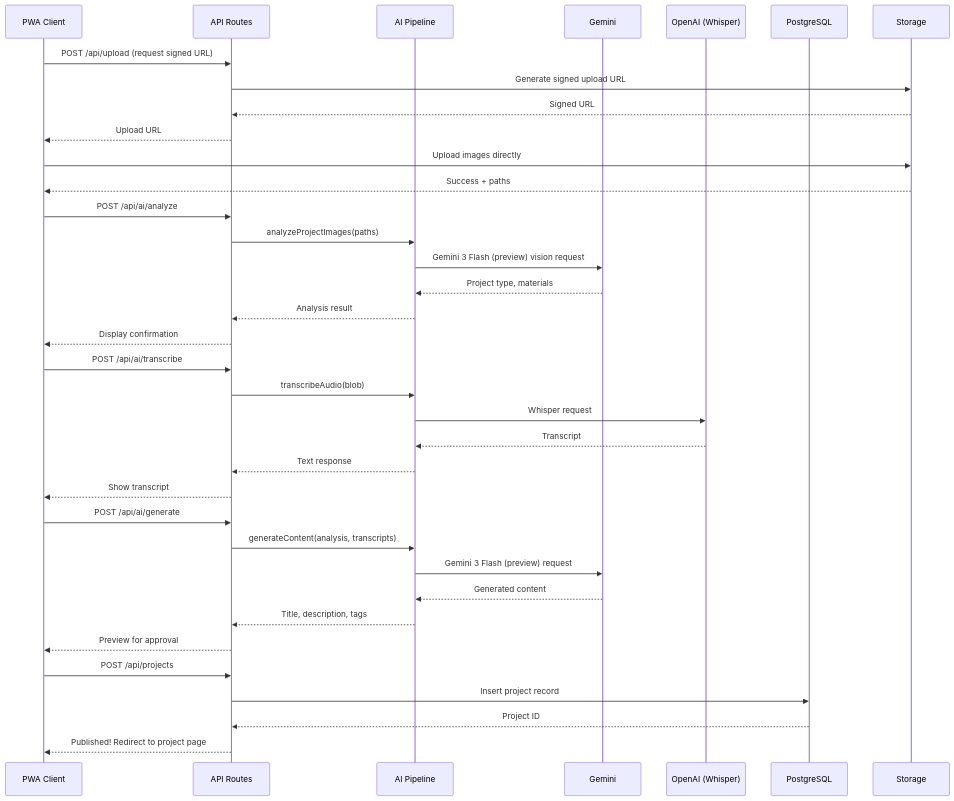
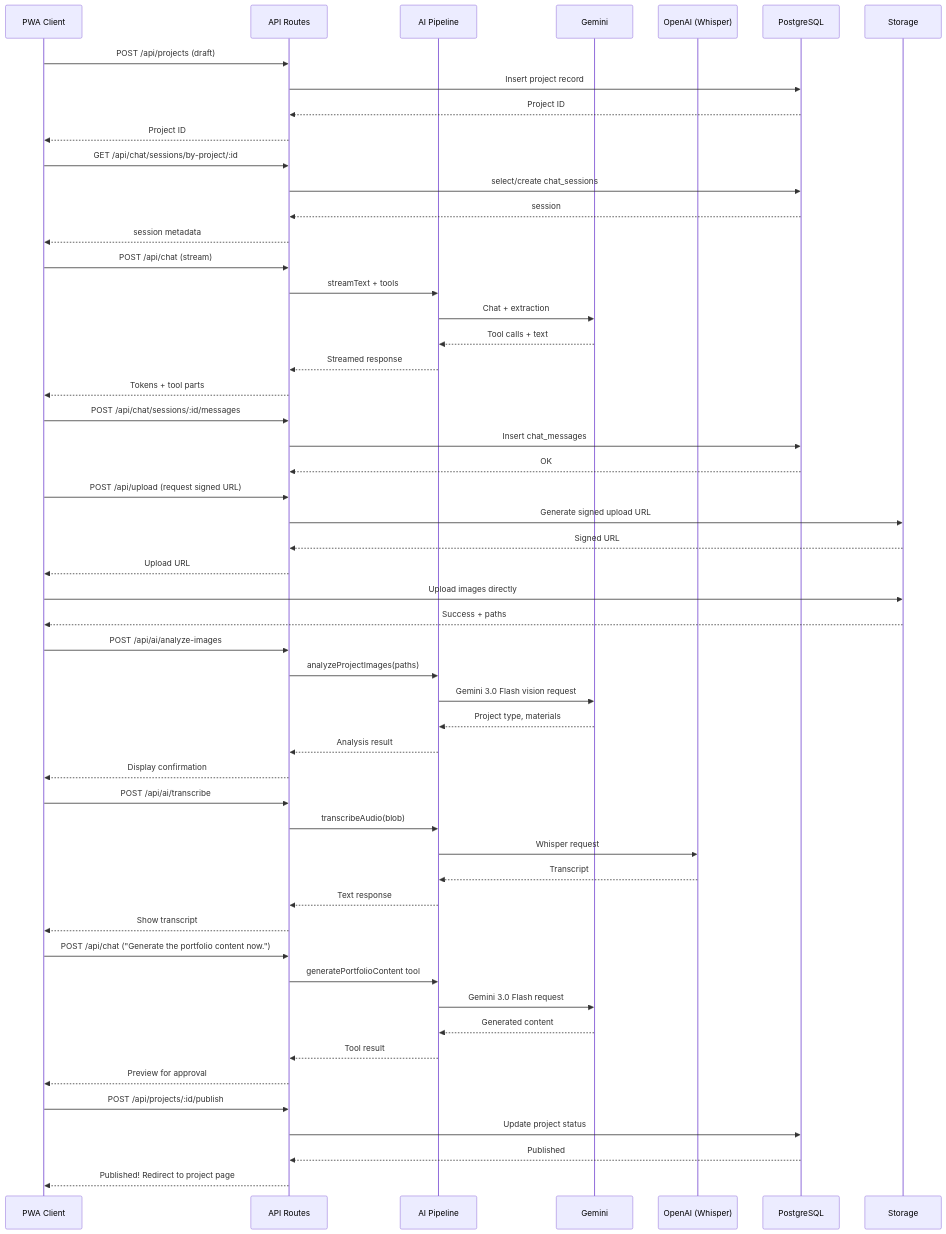
Before and after one commit to AaronBakerDev/knearme-platform: the second of 2 diagrams in docs/03-architecture/c4-container.md, drawn with Mermaid. The commit also changed other lines of this file and 160 other files, not shown here.

Commit message:
feat: implement voice-to-voice chat, enhance contractor profile URLs with slugs, and refine marketing site content

````diff
--- a/docs/03-architecture/c4-container.md
+++ b/docs/03-architecture/c4-container.md
@@ -184,44 +189,65 @@
 ```mermaid
 sequenceDiagram
     participant C as PWA Client
     participant API as API Routes
     participant AI as AI Pipeline
     participant GEM as Gemini
     participant OAI as OpenAI (Whisper)
     participant DB as PostgreSQL
     participant S3 as Storage
 
+    C->>API: POST /api/projects (draft)
+    API->>DB: Insert project record
+    DB-->>API: Project ID
+    API-->>C: Project ID
+
+    C->>API: GET /api/chat/sessions/by-project/:id
+    API->>DB: select/create chat_sessions
+    DB-->>API: session
+    API-->>C: session metadata
+
+    C->>API: POST /api/chat (stream)
+    API->>AI: streamText + tools
+    AI->>GEM: Chat + extraction
+    GEM-->>AI: Tool calls + text
+    AI-->>API: Streamed response
+    API-->>C: Tokens + tool parts
+
+    C->>API: POST /api/chat/sessions/:id/messages
+    API->>DB: Insert chat_messages
+    DB-->>API: OK
+
     C->>API: POST /api/upload (request signed URL)
     API->>S3: Generate signed upload URL
     S3-->>API: Signed URL
     API-->>C: Upload URL
 
     C->>S3: Upload images directly
     S3-->>C: Success + paths
 
-    C->>API: POST /api/ai/analyze
+    C->>API: POST /api/ai/analyze-images
     API->>AI: analyzeProjectImages(paths)
-    AI->>GEM: Gemini 3 Flash (preview) vision request
+    AI->>GEM: Gemini 3.0 Flash vision request
     GEM-->>AI: Project type, materials
     AI-->>API: Analysis result
     API-->>C: Display confirmation
 
     C->>API: POST /api/ai/transcribe
     API->>AI: transcribeAudio(blob)
     AI->>OAI: Whisper request
     OAI-->>AI: Transcript
     AI-->>API: Text response
     API-->>C: Show transcript
 
-    C->>API: POST /api/ai/generate
-    API->>AI: generateContent(analysis, transcripts)
-    AI->>GEM: Gemini 3 Flash (preview) request
+    C->>API: POST /api/chat ("Generate the portfolio content now.")
+    API->>AI: generatePortfolioContent tool
+    AI->>GEM: Gemini 3.0 Flash request
     GEM-->>AI: Generated content
-    AI-->>API: Title, description, tags
+    AI-->>API: Tool result
     API-->>C: Preview for approval
 
-    C->>API: POST /api/projects
-    API->>DB: Insert project record
-    DB-->>API: Project ID
+    C->>API: POST /api/projects/:id/publish
+    API->>DB: Update project status
+    DB-->>API: Published
     API-->>C: Published! Redirect to project page
 ```
````
